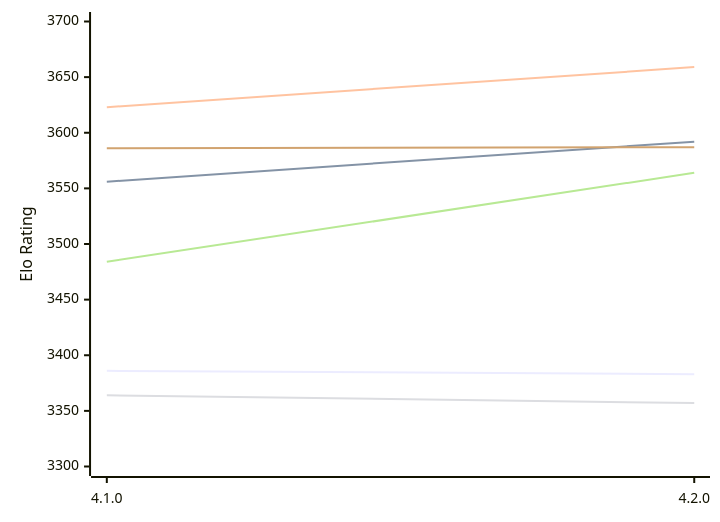
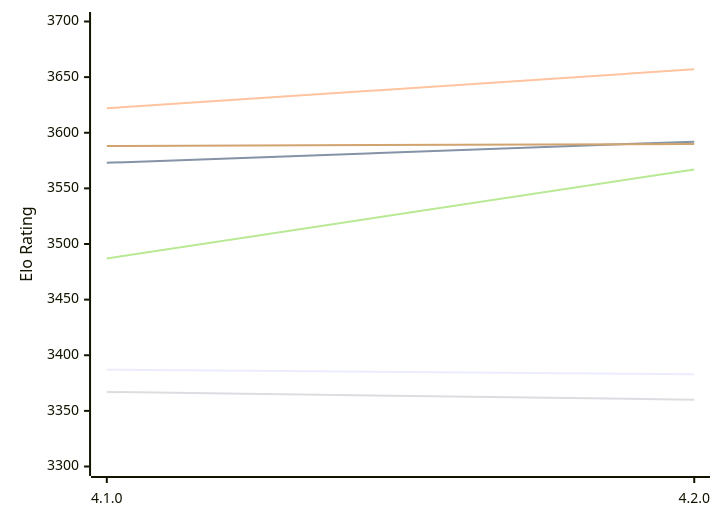
The first of 2 diagrams in engines/Raphael.md (computer-chess-index/cci), drawn with Mermaid before and after one commit. The commit also changed other lines of this file, not shown here.

Commit message:
Update CCI Ratings (ELO VLTC) - 2026-11-24

````diff
--- a/engines/Raphael.md
+++ b/engines/Raphael.md
@@ -59,12 +59,12 @@
 ```mermaid
 %%{init: {"theme":"base","themeVariables":{"seriesColors:['#a3a3a3','#222221','#faa371']}}}%%
 xychart-beta
   x-axis ["4.1.0", "4.2.0"]
   y-axis "Elo Rating" 3300 --> 3700
-  line "E1: STC (8.0+0.08s)" [3386, 3383]
-  line "E1: LTC (60.0+0.60s)" [3556, 3592]
-  line "E1: VLTC (2m24s+1.12s)" [3623, 3659]
-  line "P1: STC (8.0+0.08s)" [3364, 3357]
-  line "P1: LTC (60.0+0.60s)" [3484, 3564]
-  line "P1: VLTC (2m24s+1.12s)" [3586, 3587]
+  line "E1: STC (8.0+0.08s)" [3387, 3383]
+  line "E1: LTC (60.0+0.60s)" [3573, 3592]
+  line "E1: VLTC (2m24s+1.12s)" [3622, 3657]
+  line "P1: STC (8.0+0.08s)" [3367, 3360]
+  line "P1: LTC (60.0+0.60s)" [3487, 3567]
+  line "P1: VLTC (2m24s+1.12s)" [3588, 3590]
 ```
````
